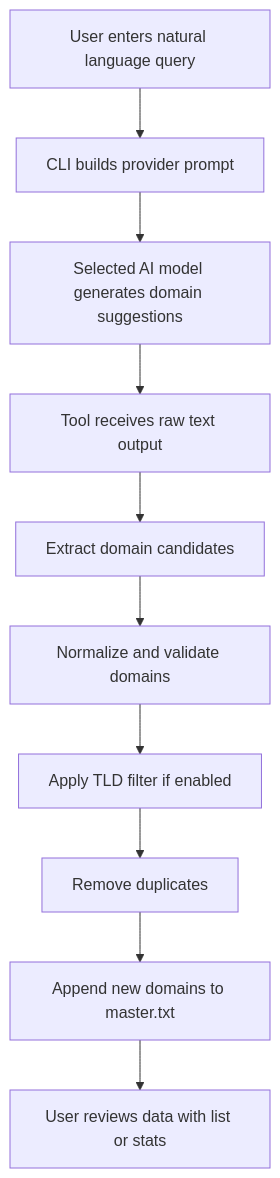
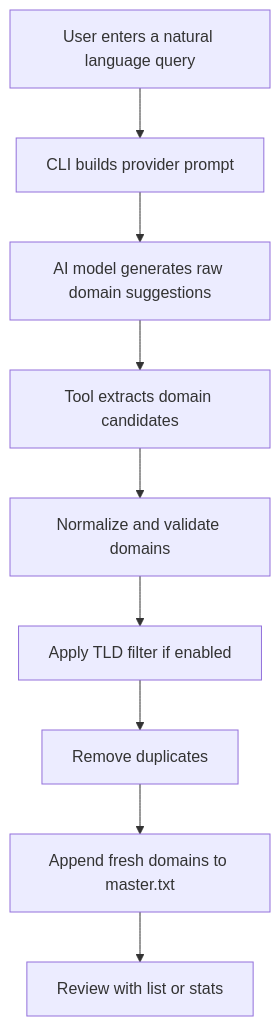
Before and after one commit to AnggaTechI/Domain-Grabber-AI: the diagram in README.md, drawn with Mermaid. The commit also changed other lines of this file, not shown here.

````diff
--- a/README.md
+++ b/README.md
@@ -113,12 +106,11 @@
 ```mermaid
 flowchart TD
-    A[User enters natural language query] --> B[CLI builds provider prompt]
-    B --> C[Selected AI model generates domain suggestions]
-    C --> D[Tool receives raw text output]
-    D --> E[Extract domain candidates]
-    E --> F[Normalize and validate domains]
-    F --> G[Apply TLD filter if enabled]
-    G --> H[Remove duplicates]
-    H --> I[Append new domains to master.txt]
-    I --> J[User reviews data with list or stats]
+    A[User enters a natural language query] --> B[CLI builds provider prompt]
+    B --> C[AI model generates raw domain suggestions]
+    C --> D[Tool extracts domain candidates]
+    D --> E[Normalize and validate domains]
+    E --> F[Apply TLD filter if enabled]
+    F --> G[Remove duplicates]
+    G --> H[Append fresh domains to master.txt]
+    H --> I[Review with list or stats]
 ```
````
